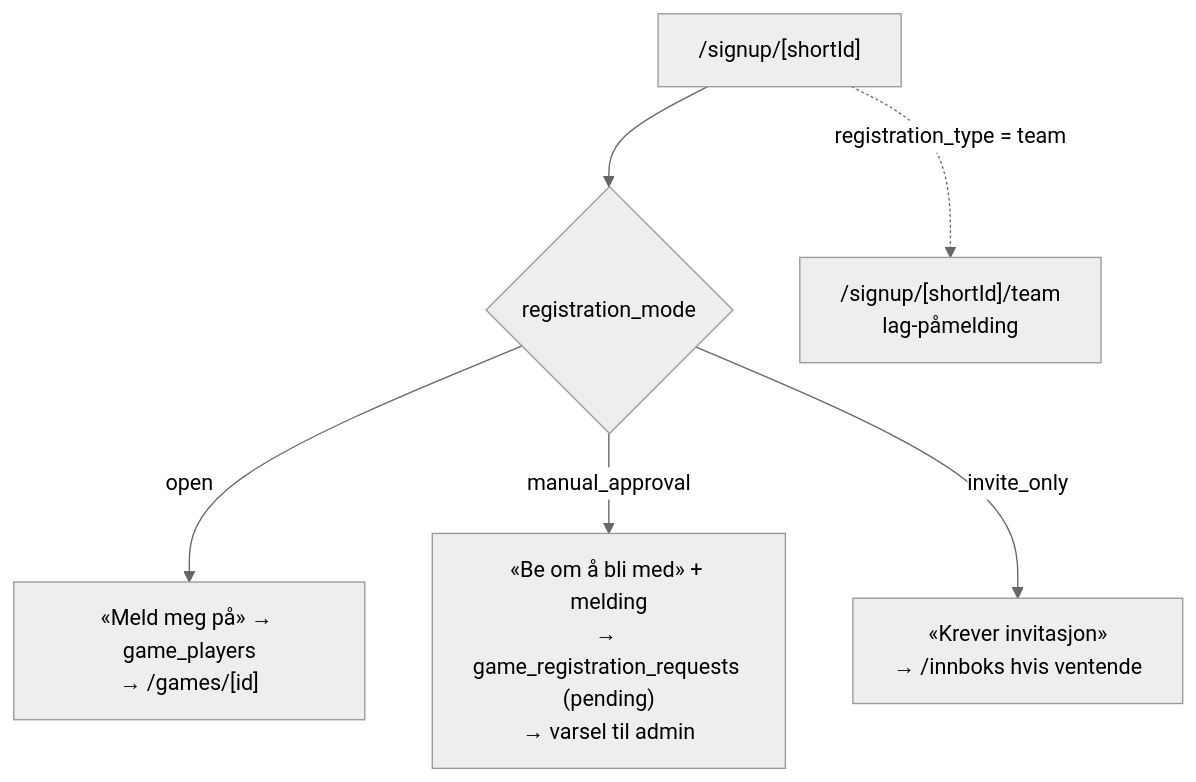
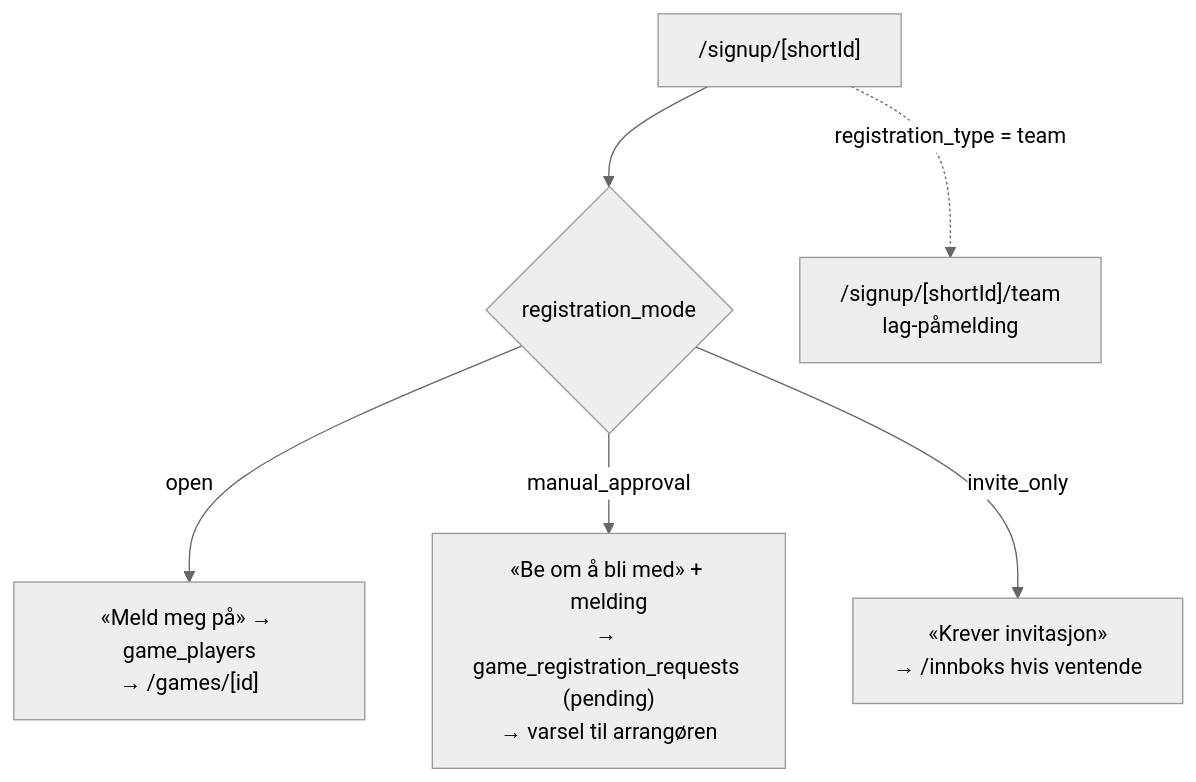
Before and after one commit to jdlarssen/golf-app: the third of 6 diagrams in docs/user-flows.md, drawn with Mermaid (neutral theme). The commit also changed other lines of this file, not shown here.

First line of the commit message:
docs(flows): the organiser answers signup requests, not only admin

````diff
--- a/docs/user-flows.md
+++ b/docs/user-flows.md
@@ -125,8 +125,8 @@
 ```mermaid
 flowchart TD
   S["/signup/[shortId]"] --> M{registration_mode}
   M -- open --> O["«Meld meg på» → game_players<br/>→ /games/[id]"]
-  M -- manual_approval --> R["«Be om å bli med» + melding<br/>→ game_registration_requests (pending)<br/>→ varsel til admin"]
+  M -- manual_approval --> R["«Be om å bli med» + melding<br/>→ game_registration_requests (pending)<br/>→ varsel til arrangøren"]
   M -- invite_only --> I["«Krever invitasjon»<br/>→ /innboks hvis ventende"]
   S -. "registration_type = team" .-> T["/signup/[shortId]/team<br/>lag-påmelding"]
 ```
````
